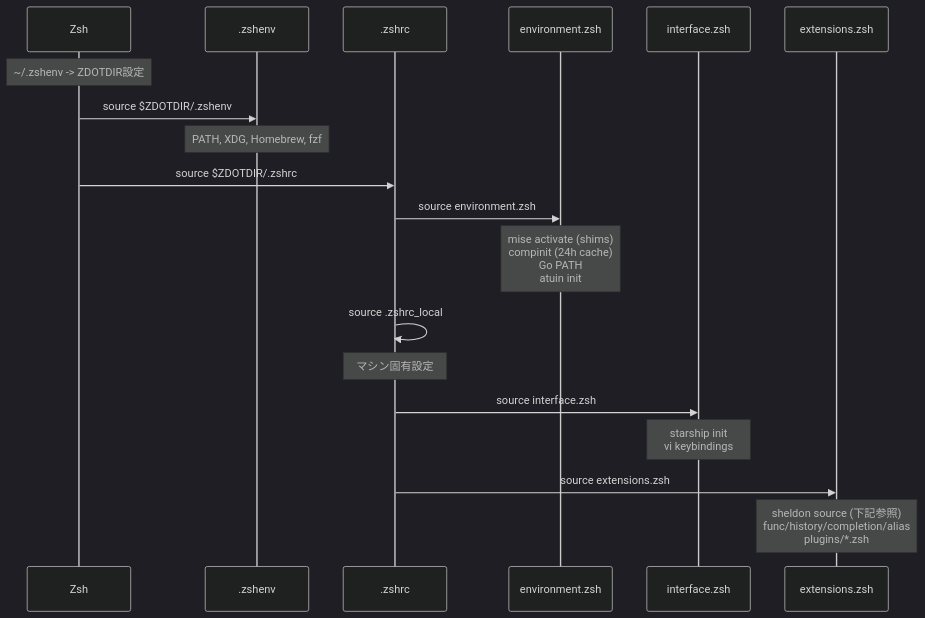
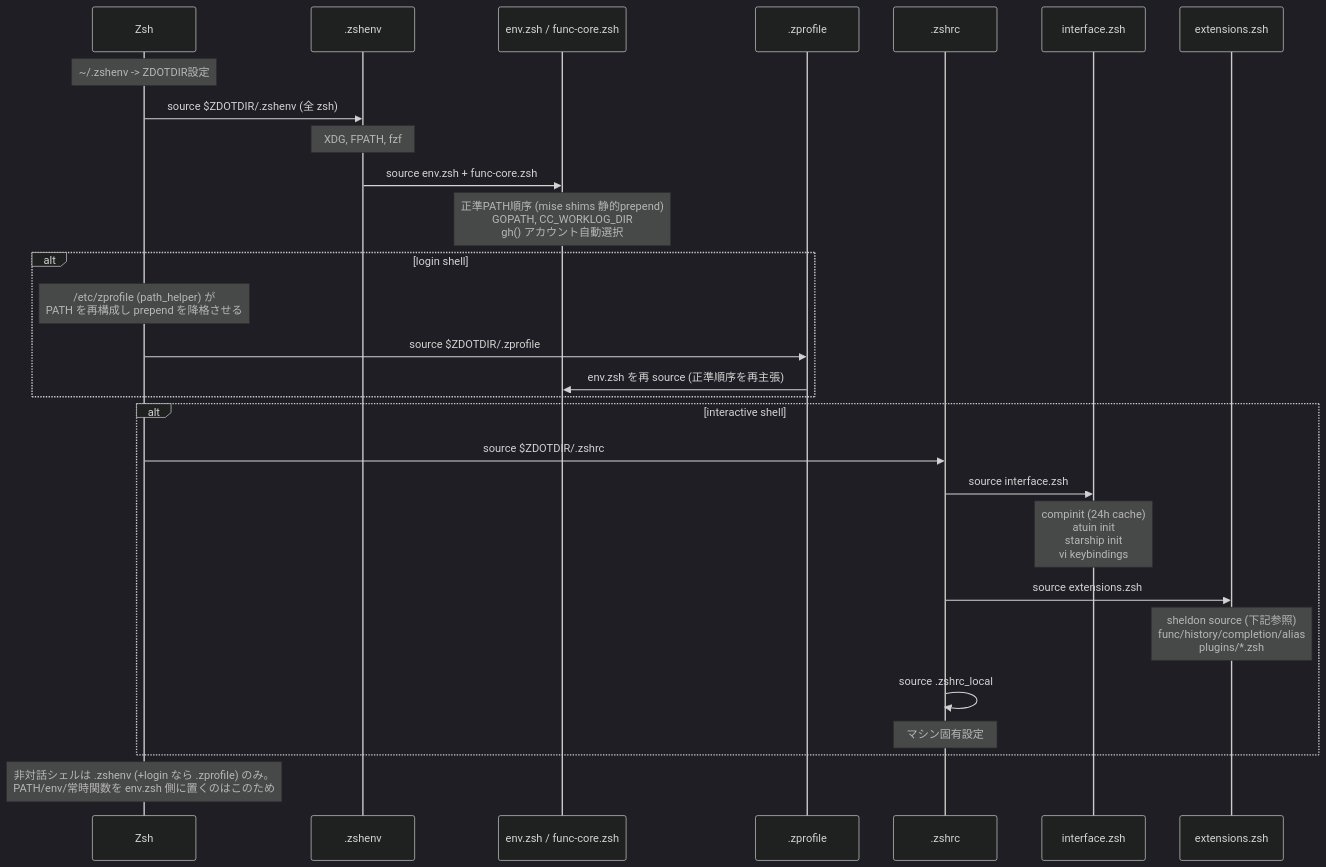
One commit to bigdra50/dotfiles changed the second of 8 diagrams in docs/architecture.md. Above: the diagram before and after it, drawn with Mermaid (dark theme). The commit also changed 2 other files, not shown here.

Commit message:
📝 docs: sync zsh startup docs with the env.zsh always-layer design
Update CLAUDE.md, docs/architecture.md and the dotfiles-guide agent to
describe the current chain: .zshenv sources env.zsh (canonical PATH) and
func-core.zsh in every zsh; .zprofile re-asserts the order after macOS
path_helper; the interactive .zshrc chain is interface.zsh →
extensions.zsh → .zshrc_local. Document the public/private split for
work-specific config and the gitleaks work-marker guard.

````diff
--- a/docs/architecture.md
+++ b/docs/architecture.md
@@ -31,26 +31,34 @@
 ```mermaid
 sequenceDiagram
     participant Shell as Zsh
     participant Env as .zshenv
+    participant Core as env.zsh / func-core.zsh
+    participant Prof as .zprofile
     participant RC as .zshrc
-    participant Env2 as environment.zsh
     participant UI as interface.zsh
     participant Ext as extensions.zsh
 
     Note over Shell: ~/.zshenv -> ZDOTDIR設定
-    Shell->>Env: source $ZDOTDIR/.zshenv
-    Note over Env: PATH, XDG, Homebrew, fzf
+    Shell->>Env: source $ZDOTDIR/.zshenv (全 zsh)
+    Note over Env: XDG, FPATH, fzf
+    Env->>Core: source env.zsh + func-core.zsh
+    Note over Core: 正準PATH順序 (mise shims 静的prepend)<br/>GOPATH, CC_WORKLOG_DIR<br/>gh() アカウント自動選択
 
-    Shell->>RC: source $ZDOTDIR/.zshrc
-    RC->>Env2: source environment.zsh
-    Note over Env2: mise activate (shims)<br/>compinit (24h cache)<br/>Go PATH<br/>atuin init
+    alt login shell
+        Note over Shell: /etc/zprofile (path_helper) が<br/>PATH を再構成し prepend を降格させる
+        Shell->>Prof: source $ZDOTDIR/.zprofile
+        Prof->>Core: env.zsh を再 source (正準順序を再主張)
+    end
 
-    RC->>RC: source .zshrc_local
-    Note over RC: マシン固有設定
+    alt interactive shell
+        Shell->>RC: source $ZDOTDIR/.zshrc
+        RC->>UI: source interface.zsh
+        Note over UI: compinit (24h cache)<br/>atuin init<br/>starship init<br/>vi keybindings
+        RC->>Ext: source extensions.zsh
+        Note over Ext: sheldon source (下記参照)<br/>func/history/completion/alias<br/>plugins/*.zsh
+        RC->>RC: source .zshrc_local
+        Note over RC: マシン固有設定
+    end
 
-    RC->>UI: source interface.zsh
-    Note over UI: starship init<br/>vi keybindings
-
-    RC->>Ext: source extensions.zsh
-    Note over Ext: sheldon source (下記参照)<br/>func/history/completion/alias<br/>plugins/*.zsh
+    Note over Shell: 非対話シェルは .zshenv (+login なら .zprofile) のみ。<br/>PATH/env/常時関数を env.zsh 側に置くのはこのため
 ```
````
